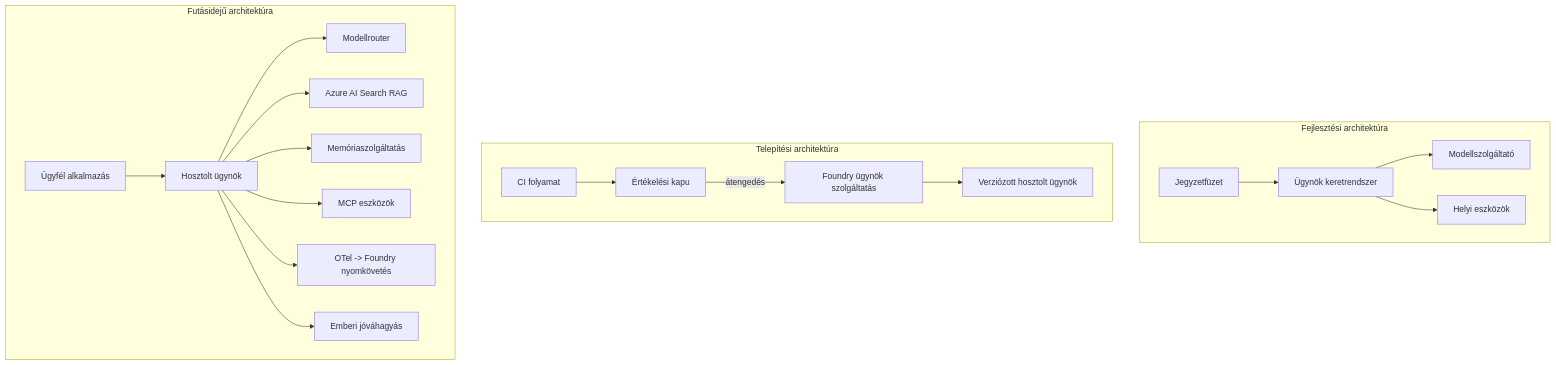
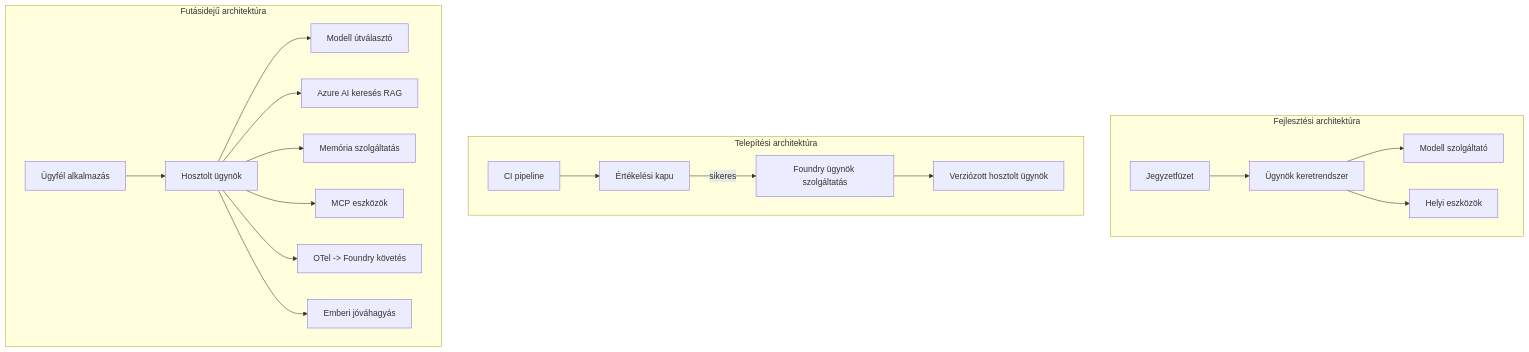
One commit to microsoft/ai-agents-for-beginners changed the fourth of 4 diagrams in translations/hu/16-deploying-scalable-agents/README.md. Above: the diagram before and after it, drawn with Mermaid. The commit also changed other lines of this file and 47 other files, not shown here.

````diff
--- a/translations/hu/16-deploying-scalable-agents/README.md
+++ b/translations/hu/16-deploying-scalable-agents/README.md
@@ -185,22 +185,22 @@
 ```mermaid
 flowchart TB
     subgraph Dev[Fejlesztési architektúra]
         D1[Jegyzetfüzet] --> D2[Ügynök keretrendszer]
-        D2 --> D3[Modellszolgáltató]
+        D2 --> D3[Modell szolgáltató]
         D2 --> D4[Helyi eszközök]
     end
     subgraph Deploy[Telepítési architektúra]
-        E1[CI folyamat] --> E2[Értékelési kapu]
-        E2 -->|átengedés| E3[Foundry ügynök szolgáltatás]
+        E1[CI pipeline] --> E2[Értékelési kapu]
+        E2 -->|sikeres| E3[Foundry ügynök szolgáltatás]
         E3 --> E4[Verziózott hosztolt ügynök]
     end
     subgraph Run[Futásidejű architektúra]
         F1[Ügyfél alkalmazás] --> F2[Hosztolt ügynök]
-        F2 --> F3[Modellrouter]
-        F2 --> F4[Azure AI Search RAG]
-        F2 --> F5[Memóriaszolgáltatás]
+        F2 --> F3[Modell útválasztó]
+        F2 --> F4[Azure AI keresés RAG]
+        F2 --> F5[Memória szolgáltatás]
         F2 --> F6[MCP eszközök]
-        F2 --> F7[OTel -> Foundry nyomkövetés]
+        F2 --> F7[OTel -> Foundry követés]
         F2 --> F8[Emberi jóváhagyás]
     end
 ```
````
